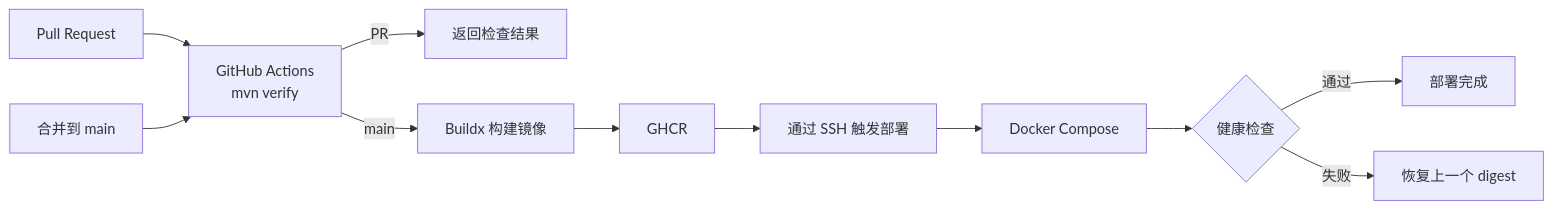
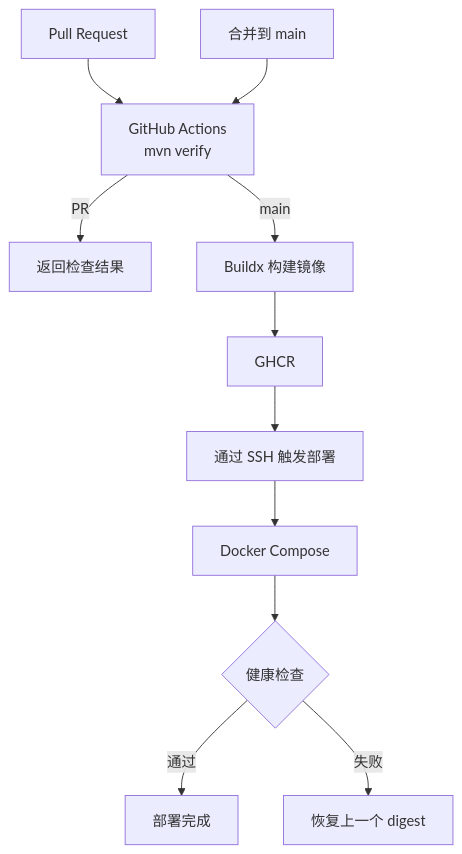
One commit to janwee-sha/blog changed the diagram in src/content/posts/cicd-pipeline-with-github-actions-ghcr-docker.md. Above: the diagram before and after it, drawn with Mermaid.

Commit message:
post: cicd-pipeline-with-github-actions-ghcr-docker.

````diff
--- a/src/content/posts/cicd-pipeline-with-github-actions-ghcr-docker.md
+++ b/src/content/posts/cicd-pipeline-with-github-actions-ghcr-docker.md
@@ -21,13 +21,13 @@
 ```mermaid
-flowchart LR
+flowchart TB
     PR[Pull Request] --> Test[GitHub Actions<br/>mvn verify]
     Merge[合并到 main] --> Test
     Test -->|PR| Result[返回检查结果]
     Test -->|main| Build[Buildx 构建镜像]
     Build --> GHCR[GHCR]
     GHCR --> Deploy[通过 SSH 触发部署]
     Deploy --> Compose[Docker Compose]
     Compose --> Health{健康检查}
     Health -->|通过| Done[部署完成]
     Health -->|失败| Rollback[恢复上一个 digest]
 ```
````
